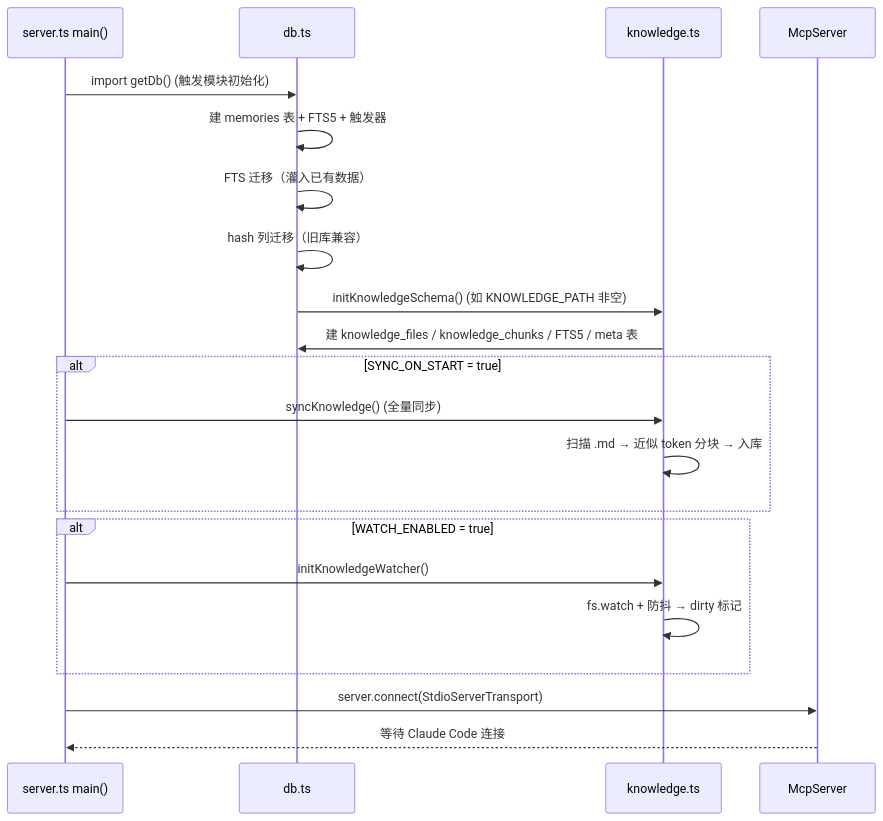
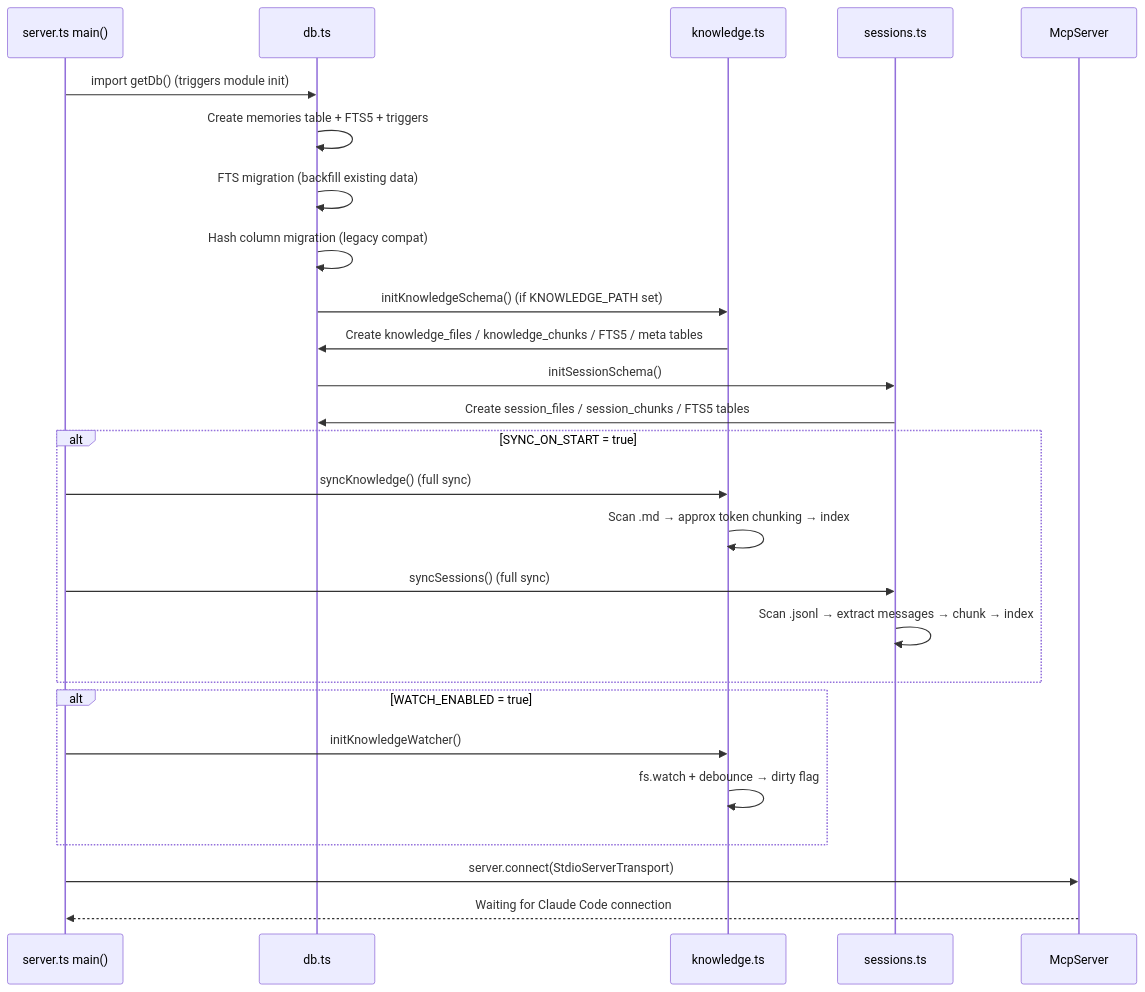
Before and after one commit to lchaoer/claudecode-oepnclaw-mem: the tenth of 11 diagrams in ARCHITECTURE.md, drawn with Mermaid. The commit also changed other lines of this file and 2 other files, not shown here.

````diff
--- a/ARCHITECTURE.md
+++ b/ARCHITECTURE.md
@@ -302,27 +391,32 @@
 ```mermaid
 sequenceDiagram
     participant Main as server.ts main()
     participant DB as db.ts
     participant Knowledge as knowledge.ts
+    participant Sessions as sessions.ts
     participant MCP as McpServer
 
-    Main->>DB: import getDb() (触发模块初始化)
-    DB->>DB: 建 memories 表 + FTS5 + 触发器
-    DB->>DB: FTS 迁移（灌入已有数据）
-    DB->>DB: hash 列迁移（旧库兼容）
-    DB->>Knowledge: initKnowledgeSchema() (如 KNOWLEDGE_PATH 非空)
-    Knowledge->>DB: 建 knowledge_files / knowledge_chunks / FTS5 / meta 表
+    Main->>DB: import getDb() (triggers module init)
+    DB->>DB: Create memories table + FTS5 + triggers
+    DB->>DB: FTS migration (backfill existing data)
+    DB->>DB: Hash column migration (legacy compat)
+    DB->>Knowledge: initKnowledgeSchema() (if KNOWLEDGE_PATH set)
+    Knowledge->>DB: Create knowledge_files / knowledge_chunks / FTS5 / meta tables
+    DB->>Sessions: initSessionSchema()
+    Sessions->>DB: Create session_files / session_chunks / FTS5 tables
 
     alt SYNC_ON_START = true
-        Main->>Knowledge: syncKnowledge() (全量同步)
-        Knowledge->>Knowledge: 扫描 .md → 近似 token 分块 → 入库
+        Main->>Knowledge: syncKnowledge() (full sync)
+        Knowledge->>Knowledge: Scan .md → approx token chunking → index
+        Main->>Sessions: syncSessions() (full sync)
+        Sessions->>Sessions: Scan .jsonl → extract messages → chunk → index
     end
 
     alt WATCH_ENABLED = true
         Main->>Knowledge: initKnowledgeWatcher()
-        Knowledge->>Knowledge: fs.watch + 防抖 → dirty 标记
+        Knowledge->>Knowledge: fs.watch + debounce → dirty flag
     end
 
     Main->>MCP: server.connect(StdioServerTransport)
-    MCP-->>Main: 等待 Claude Code 连接
+    MCP-->>Main: Waiting for Claude Code connection
 ```
````
